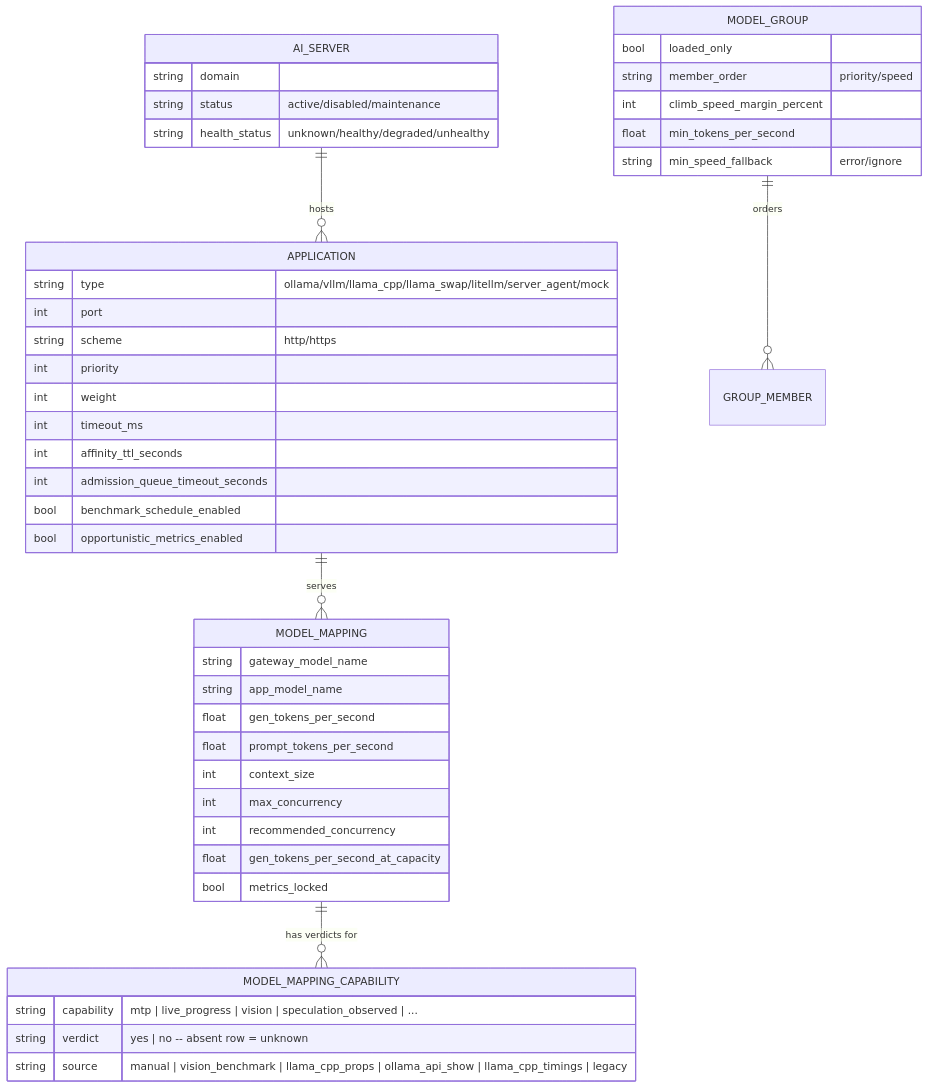
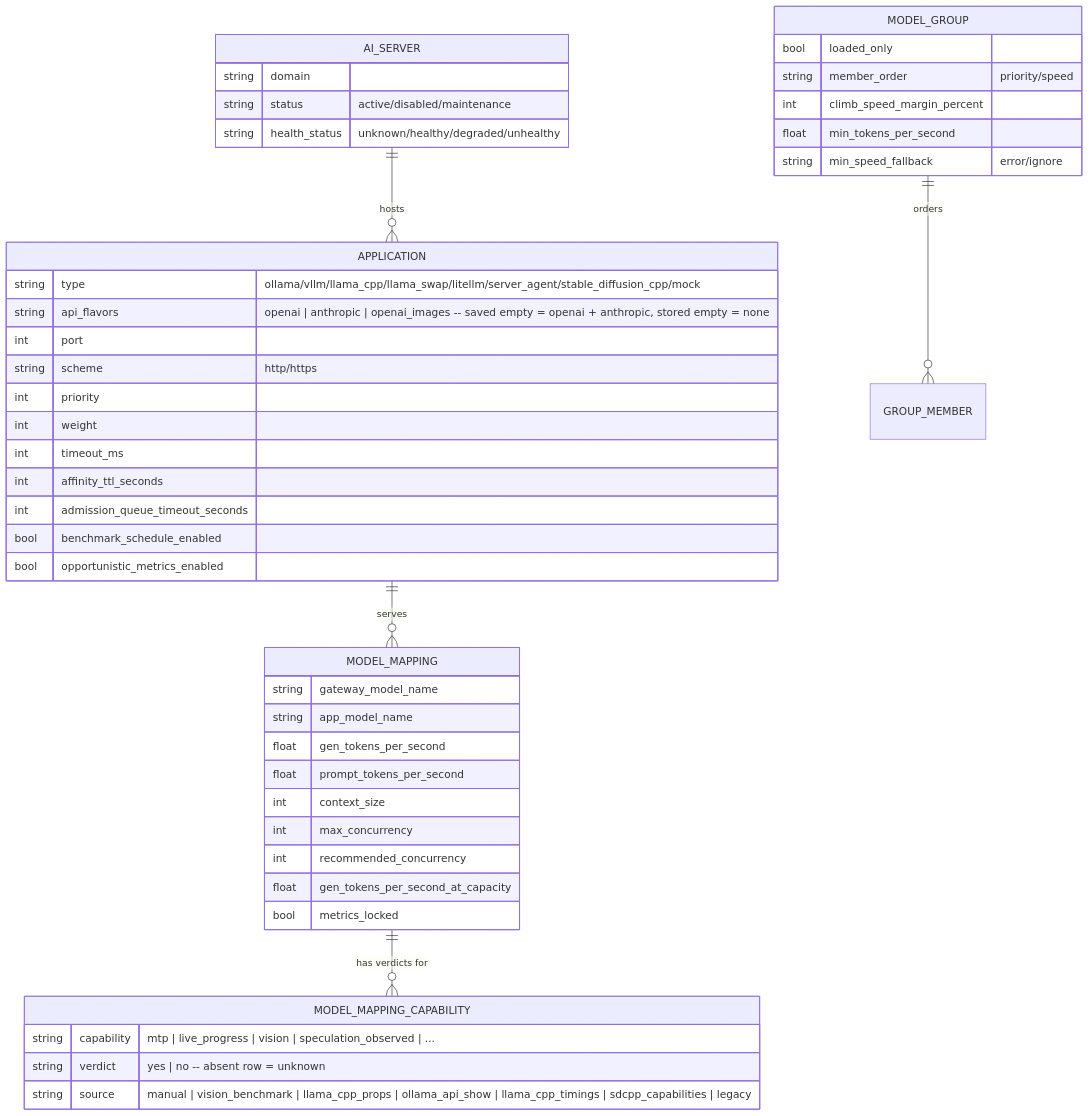
One commit to JLor08/op-ai-gateway changed the first of 5 diagrams in docs/architecture/cross-cutting/routing-and-model-selection.md. Above: the diagram before and after it, drawn with Mermaid. The commit also changed other lines of this file and 84 other files, not shown here.

````diff
--- a/docs/architecture/cross-cutting/routing-and-model-selection.md
+++ b/docs/architecture/cross-cutting/routing-and-model-selection.md
@@ -14,48 +14,49 @@
 ```mermaid
 erDiagram
     AI_SERVER ||--o{ APPLICATION : hosts
     APPLICATION ||--o{ MODEL_MAPPING : serves
     MODEL_MAPPING ||--o{ MODEL_MAPPING_CAPABILITY : "has verdicts for"
     MODEL_GROUP ||--o{ GROUP_MEMBER : orders
 
     AI_SERVER {
         string domain
         string status "active/disabled/maintenance"
         string health_status "unknown/healthy/degraded/unhealthy"
     }
     APPLICATION {
-        string type "ollama/vllm/llama_cpp/llama_swap/litellm/server_agent/mock"
+        string type "ollama/vllm/llama_cpp/llama_swap/litellm/server_agent/stable_diffusion_cpp/mock"
+        string api_flavors "openai | anthropic | openai_images -- saved empty = openai + anthropic, stored empty = none"
         int port
         string scheme "http/https"
         int priority
         int weight
         int timeout_ms
         int affinity_ttl_seconds
         int admission_queue_timeout_seconds
         bool benchmark_schedule_enabled
         bool opportunistic_metrics_enabled
     }
     MODEL_MAPPING {
         string gateway_model_name
         string app_model_name
         float gen_tokens_per_second
         float prompt_tokens_per_second
         int context_size
         int max_concurrency
         int recommended_concurrency
         float gen_tokens_per_second_at_capacity
         bool metrics_locked
     }
     MODEL_MAPPING_CAPABILITY {
         string capability "mtp | live_progress | vision | speculation_observed | ..."
         string verdict "yes | no -- absent row = unknown"
-        string source "manual | vision_benchmark | llama_cpp_props | ollama_api_show | llama_cpp_timings | legacy"
+        string source "manual | vision_benchmark | llama_cpp_props | ollama_api_show | llama_cpp_timings | sdcpp_capabilities | legacy"
     }
     MODEL_GROUP {
         bool loaded_only
         string member_order "priority/speed"
         int climb_speed_margin_percent
         float min_tokens_per_second
         string min_speed_fallback "error/ignore"
     }
 ```
````
